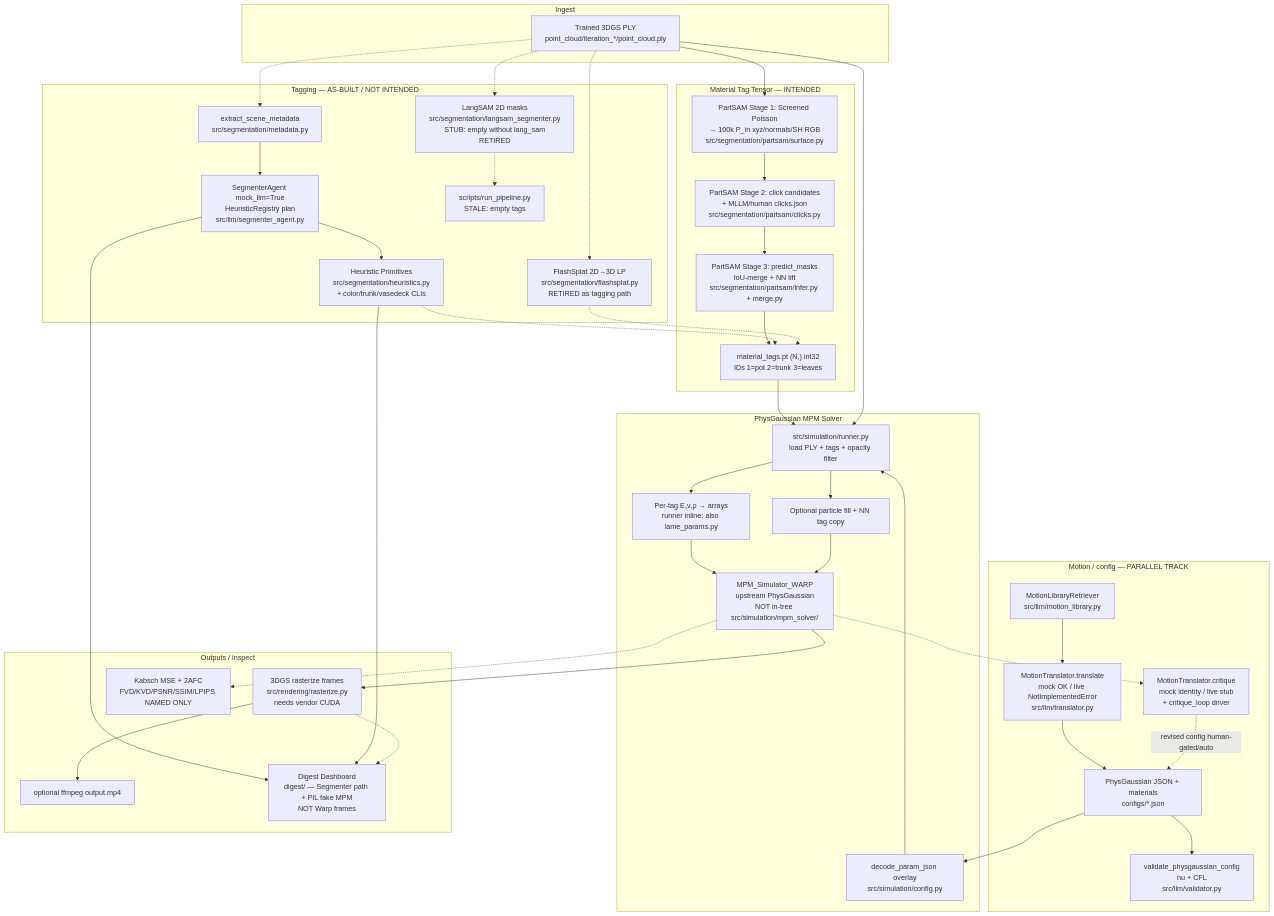
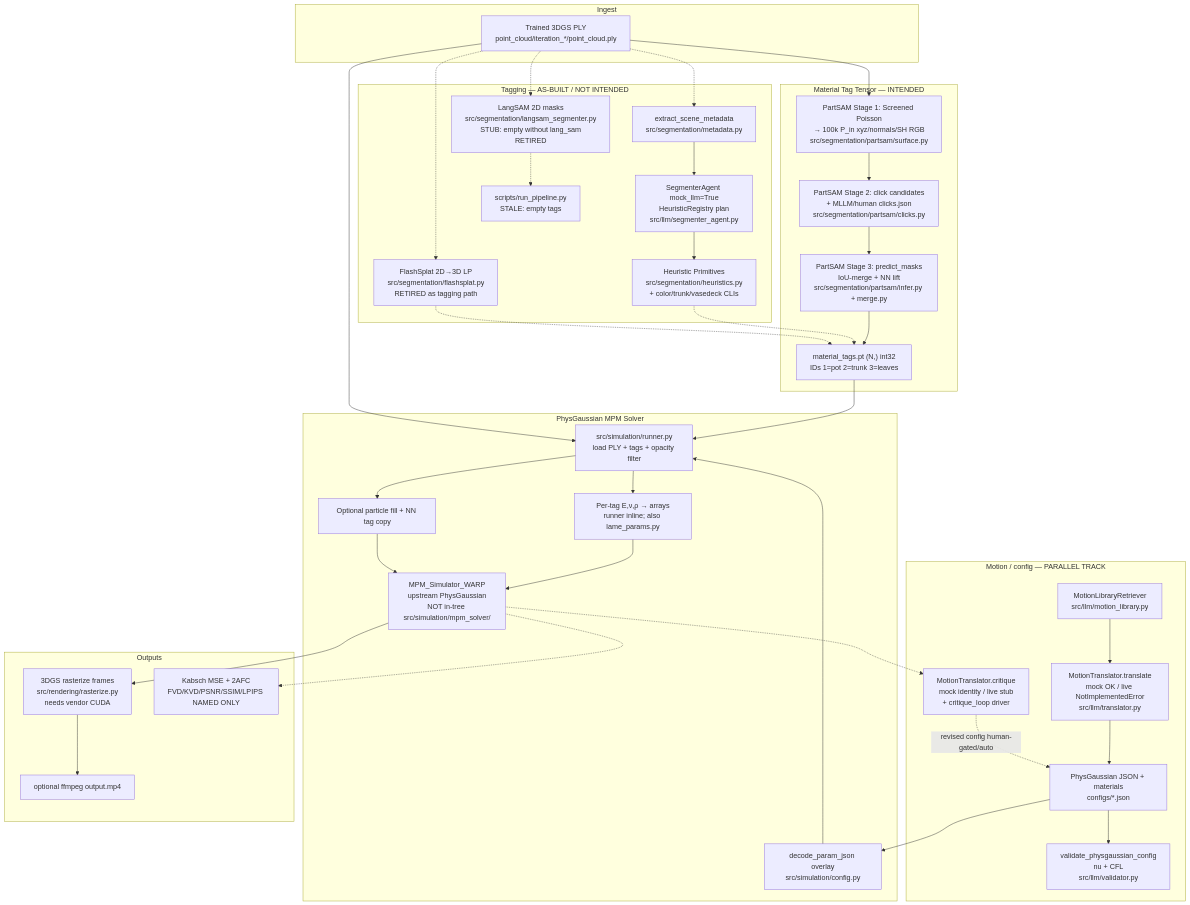
The diagram in .scratch/agent-orientation/research/02-pipeline-design-and-novelty.md (Qiucha/GPGaussian), drawn with Mermaid before and after one commit. The commit also changed other lines of this file, not shown here.

Commit message:
docs: drop Digest Dashboard from pipeline flow graph
Rerender the intended/as-built mermaid diagram without digest nodes
or edges so the graph focuses on tagging, config, MPM, and outputs.

````diff
--- a/.scratch/agent-orientation/research/02-pipeline-design-and-novelty.md
+++ b/.scratch/agent-orientation/research/02-pipeline-design-and-novelty.md
@@ -18,64 +18,60 @@
 ```mermaid
 flowchart TB
   subgraph ingest["Ingest"]
     PLY["Trained 3DGS PLY<br/>point_cloud/iteration_*/point_cloud.ply"]
   end
 
   subgraph tag_intended["Material Tag Tensor — INTENDED"]
     S1["PartSAM Stage 1: Screened Poisson<br/>→ 100k P_in xyz/normals/SH RGB<br/>src/segmentation/partsam/surface.py"]
     S2["PartSAM Stage 2: click candidates<br/>+ MLLM/human clicks.json<br/>src/segmentation/partsam/clicks.py"]
     S3["PartSAM Stage 3: predict_masks<br/>IoU-merge + NN lift<br/>src/segmentation/partsam/infer.py + merge.py"]
     TAGS["material_tags.pt (N,) int32<br/>IDs 1=pot 2=trunk 3=leaves"]
   end
 
   subgraph tag_alt["Tagging — AS-BUILT / NOT INTENDED"]
     META["extract_scene_metadata<br/>src/segmentation/metadata.py"]
     SA["SegmenterAgent mock_llm=True<br/>HeuristicRegistry plan<br/>src/llm/segmenter_agent.py"]
     HEUR["Heuristic Primitives<br/>src/segmentation/heuristics.py<br/>+ color/trunk/vasedeck CLIs"]
     FS["FlashSplat 2D→3D LP<br/>src/segmentation/flashsplat.py<br/>RETIRED as tagging path"]
     LS["LangSAM 2D masks<br/>src/segmentation/langsam_segmenter.py<br/>STUB: empty without lang_sam<br/>RETIRED"]
     STALE["scripts/run_pipeline.py<br/>STALE: empty tags"]
   end
 
   subgraph motion["Motion / config — PARALLEL TRACK"]
     ML["MotionLibraryRetriever<br/>src/llm/motion_library.py"]
     MT["MotionTranslator.translate<br/>mock OK / live NotImplementedError<br/>src/llm/translator.py"]
     CFG["PhysGaussian JSON + materials<br/>configs/*.json"]
     CFL["validate_physgaussian_config<br/>nu + CFL<br/>src/llm/validator.py"]
     CRIT["MotionTranslator.critique<br/>mock identity / live stub<br/>+ critique_loop driver"]
   end
 
   subgraph solve["PhysGaussian MPM Solver"]
     DEC["decode_param_json overlay<br/>src/simulation/config.py"]
     RUN["src/simulation/runner.py<br/>load PLY + tags + opacity filter"]
     LAME["Per-tag E,ν,ρ → arrays<br/>runner inline; also lame_params.py"]
     WARP["MPM_Simulator_WARP<br/>upstream PhysGaussian<br/>NOT in-tree src/simulation/mpm_solver/"]
     FILL["Optional particle fill + NN tag copy"]
   end
 
-  subgraph out["Outputs / inspect"]
+  subgraph out["Outputs"]
     RAST["3DGS rasterize frames<br/>src/rendering/rasterize.py<br/>needs vendor CUDA"]
     VID["optional ffmpeg output.mp4"]
-    DIG["Digest Dashboard<br/>digest/ — Segmenter path + PIL fake MPM<br/>NOT Warp frames"]
     EVAL["Kabsch MSE + 2AFC<br/>FVD/KVD/PSNR/SSIM/LPIPS NAMED ONLY"]
   end
 
   PLY --> S1 --> S2 --> S3 --> TAGS
   PLY -.-> META --> SA --> HEUR -.-> TAGS
   PLY -.-> FS -.-> TAGS
   PLY -.-> LS -.-> STALE
 
   ML --> MT --> CFG --> CFL
   CFG --> DEC
   TAGS --> RUN
   PLY --> RUN
   DEC --> RUN --> LAME --> WARP
   RUN --> FILL --> WARP
   WARP --> RAST --> VID
   WARP -.-> CRIT
   CRIT -.->|revised config human-gated/auto| CFG
-  SA --> DIG
-  HEUR --> DIG
-  RAST -.-> DIG
   WARP -.-> EVAL
 ```
````
